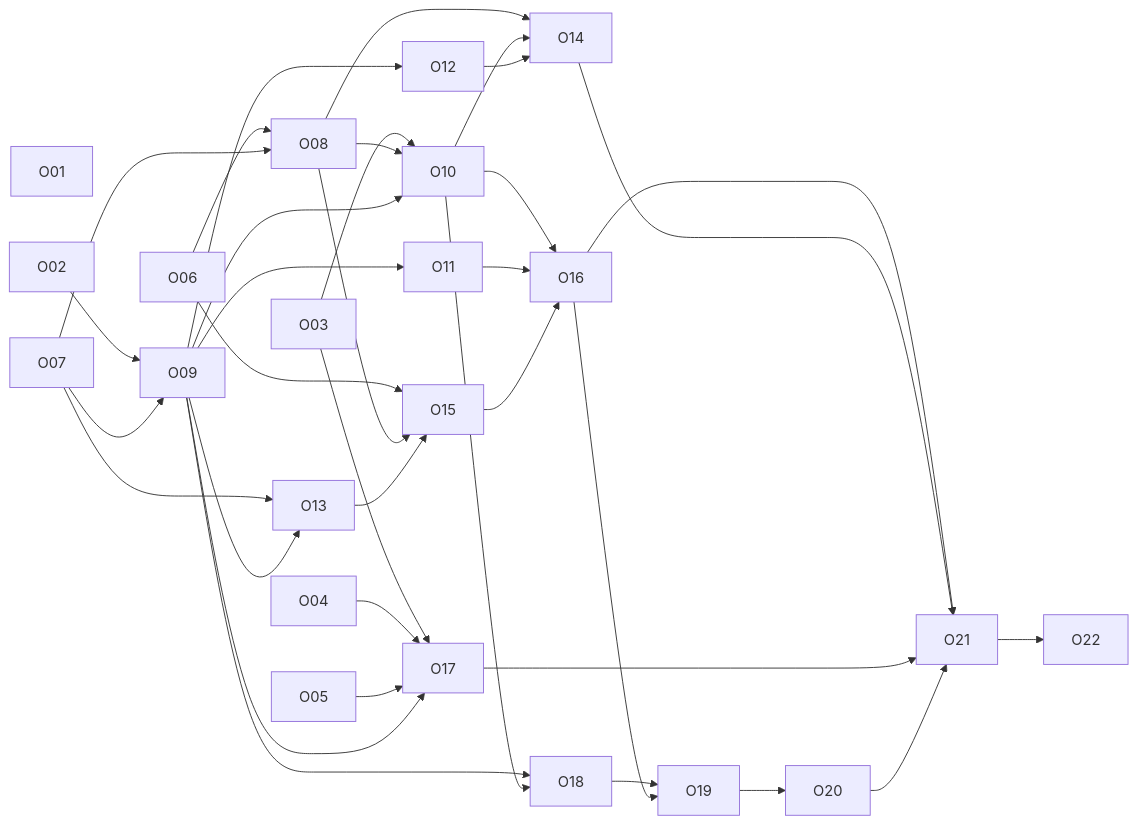
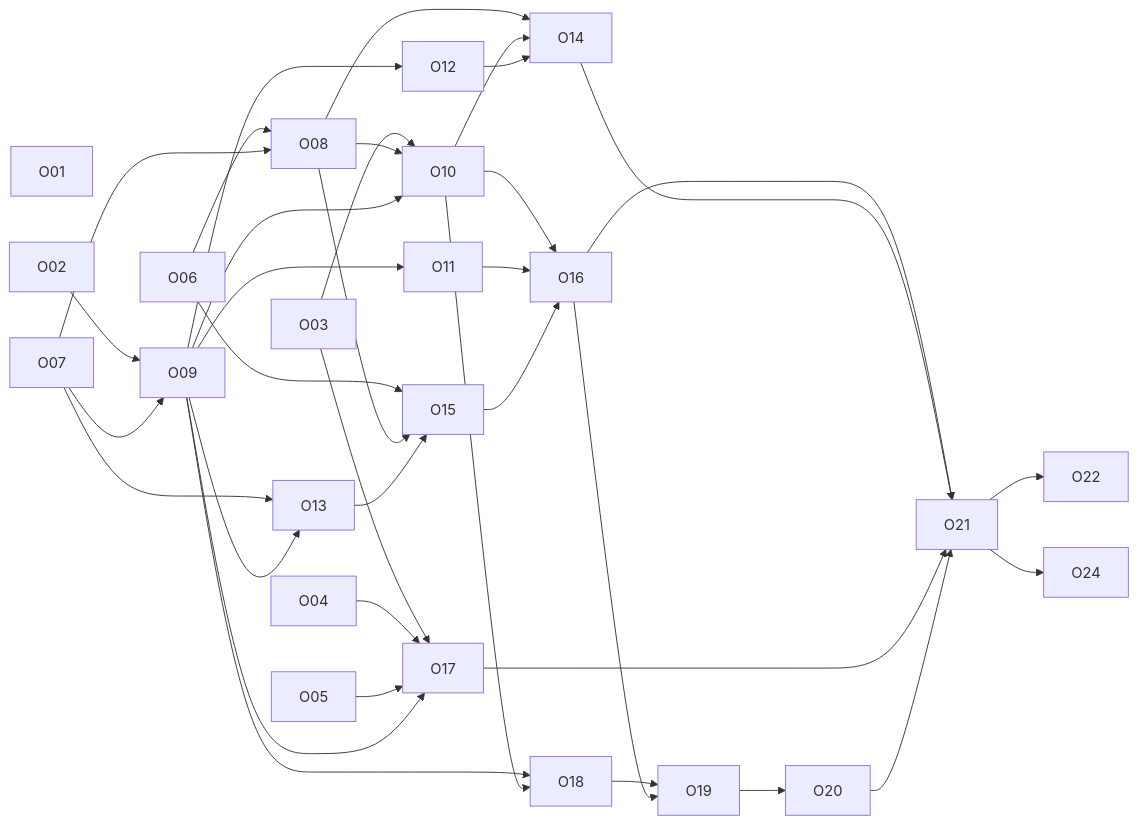
The second of 2 diagrams in docs/plans/2026-11-13-olive/spec.md (ukyi-app/homelab), drawn with Mermaid before and after one commit. The commit also changed other lines of this file and 13 other files, not shown here.

````diff
--- a/docs/plans/2026-11-13-olive/spec.md
+++ b/docs/plans/2026-11-13-olive/spec.md
@@ -533,38 +539,39 @@
 ```mermaid
 flowchart LR
     O01
     O02 --> O09
     O07 --> O09
     O06 --> O08
     O07 --> O08
     O07 --> O13
     O03 --> O10
     O08 --> O10
     O09 --> O10
     O09 --> O11
     O09 --> O12
     O09 --> O13
     O08 --> O14
     O10 --> O14
     O12 --> O14
     O06 --> O15
     O08 --> O15
     O13 --> O15
     O10 --> O16
     O11 --> O16
     O15 --> O16
     O03 --> O17
     O04 --> O17
     O05 --> O17
     O09 --> O17
     O09 --> O18
     O10 --> O18
     O18 --> O19
     O16 --> O19
     O19 --> O20
     O16 --> O21
     O14 --> O21
     O17 --> O21
     O20 --> O21
     O21 --> O22
+    O21 --> O24
 ```
````
